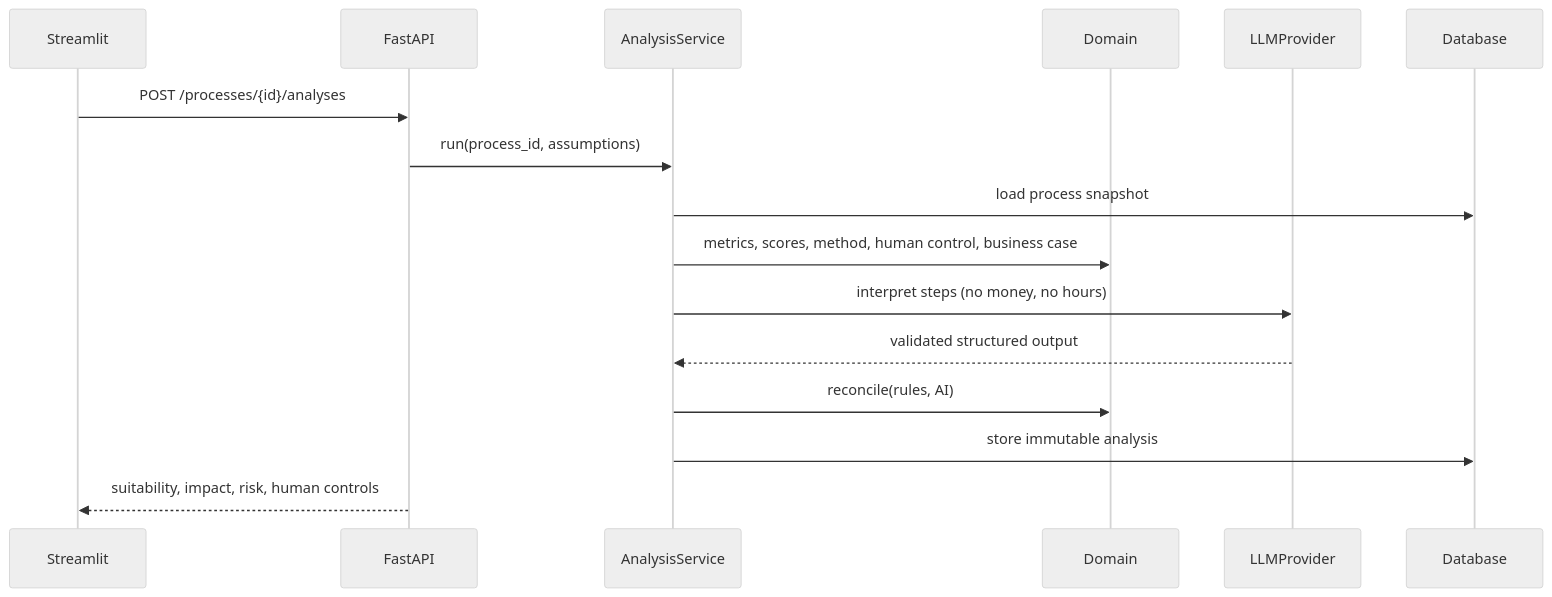
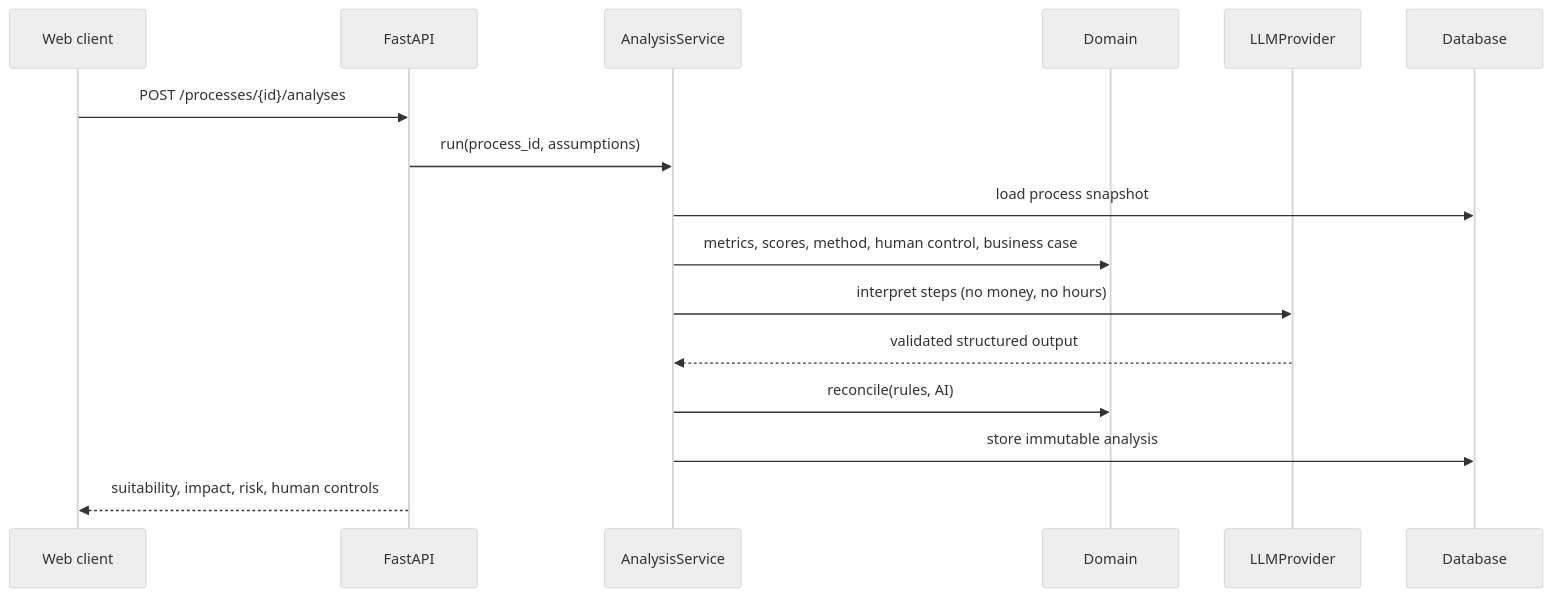
Before and after one commit to SebastianLazarte/ai-process-discovery: the second of 2 diagrams in README.md, drawn with Mermaid (neutral theme). The commit also changed other lines of this file and 30 other files, not shown here.

First line of the commit message:
feat(web): vanilla web client served by FastAPI at /ui/ (#71)

````diff
--- a/README.md
+++ b/README.md
@@ -52,18 +53,18 @@
 ```mermaid
 sequenceDiagram
-    participant UI as Streamlit
+    participant UI as Web client
     participant API as FastAPI
     participant A as AnalysisService
     participant D as Domain
     participant L as LLMProvider
     participant DB as Database
     UI->>API: POST /processes/{id}/analyses
     API->>A: run(process_id, assumptions)
     A->>DB: load process snapshot
     A->>D: metrics, scores, method, human control, business case
     A->>L: interpret steps (no money, no hours)
     L-->>A: validated structured output
     A->>D: reconcile(rules, AI)
     A->>DB: store immutable analysis
     API-->>UI: suitability, impact, risk, human controls
 ```
````
